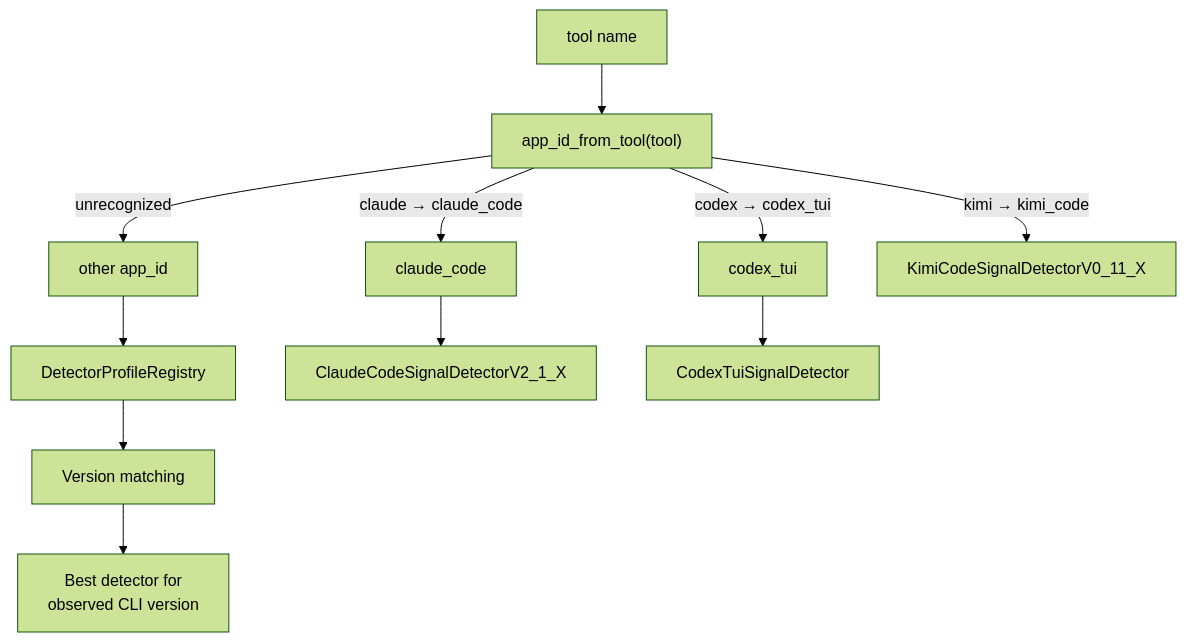
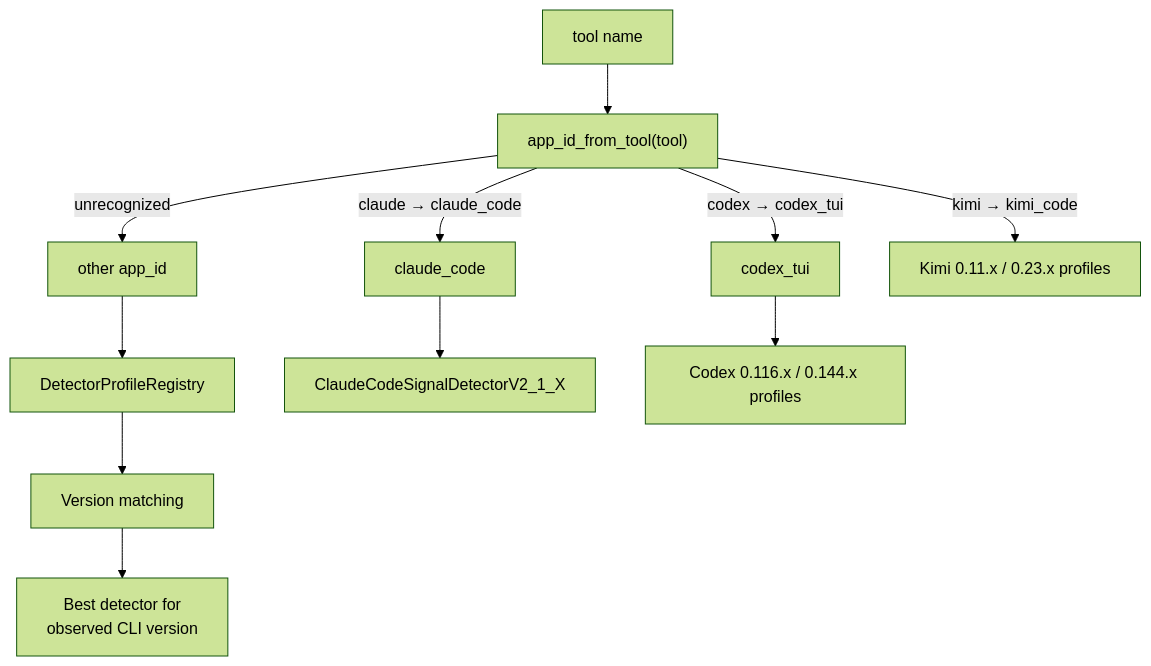
The diagram in docs/reference/tui-tracking/detectors.md (igamenovoer/houmao), drawn with Mermaid (forest theme) before and after one commit. The commit also changed other lines of this file and 72 other files, not shown here.

Commit message:
feat: refresh codex and kimi integrations

````diff
--- a/docs/reference/tui-tracking/detectors.md
+++ b/docs/reference/tui-tracking/detectors.md
@@ -7,20 +7,20 @@
 ```mermaid
 flowchart TD
     TOOL["tool name"]
     AID["app_id_from_tool(tool)"]
     CC["claude_code"]
     CX["codex_tui"]
     OT["other app_id"]
     DPR["DetectorProfileRegistry"]
     VM["Version matching"]
     CCD["ClaudeCodeSignalDetectorV2_1_X"]
-    CXD["CodexTuiSignalDetector"]
-    KMD["KimiCodeSignalDetectorV0_11_X"]
+    CXD["Codex 0.116.x / 0.144.x profiles"]
+    KMD["Kimi 0.11.x / 0.23.x profiles"]
     BEST["Best detector for<br/>observed CLI version"]
 
     TOOL --> AID
     AID -->|"claude → claude_code"| CC --> CCD
     AID -->|"codex → codex_tui"| CX --> CXD
     AID -->|"kimi → kimi_code"| KMD
     AID -->|"unrecognized"| OT --> DPR --> VM --> BEST
 ```
````
